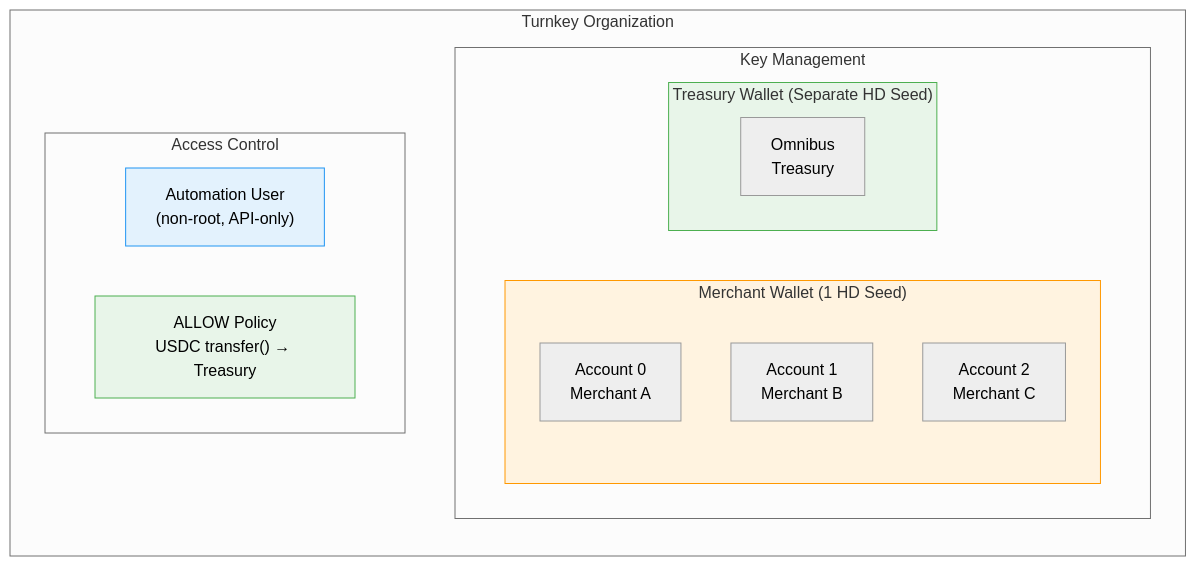
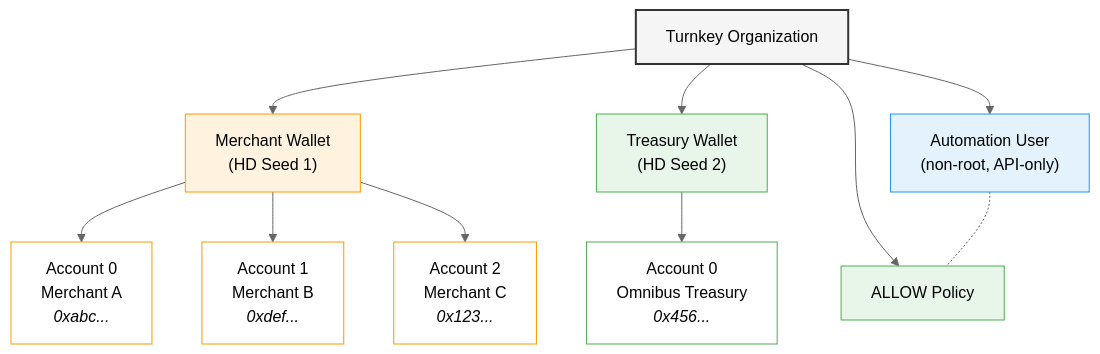
The first of 2 diagrams in examples/payflow-demo/docs/payflow-readout.md (tkhq/sdk), drawn with Mermaid (neutral theme) before and after one commit. The commit also changed other lines of this file, not shown here.

Commit message:
Replace diagrams with org hierarchy tree and policy decision flowchart

````diff
--- a/examples/payflow-demo/docs/payflow-readout.md
+++ b/examples/payflow-demo/docs/payflow-readout.md
@@ -29,29 +29,27 @@
 ```mermaid
-flowchart TB
-    subgraph Org["Turnkey Organization"]
-        direction TB
+graph TB
+    Org["Turnkey Organization"]
 
-        subgraph Wallets["Key Management"]
-            direction LR
-            subgraph MW["Merchant Wallet (1 HD Seed)"]
-                M0["Account 0\nMerchant A"]
-                M1["Account 1\nMerchant B"]
-                M2["Account 2\nMerchant C"]
-            end
-            subgraph TW["Treasury Wallet (Separate HD Seed)"]
-                T["Omnibus\nTreasury"]
-            end
-        end
+    Org --> MW["Merchant Wallet<br/>(HD Seed 1)"]
+    Org --> TW["Treasury Wallet<br/>(HD Seed 2)"]
+    Org --> AU["Automation User<br/>(non-root, API-only)"]
+    Org --> P["ALLOW Policy"]
 
-        subgraph Access["Access Control"]
-            direction LR
-            AU["Automation User\n(non-root, API-only)"]
-            P["ALLOW Policy\nUSDC transfer() → Treasury"]
-        end
-    end
+    MW --> M0["Account 0<br/>Merchant A<br/><i>0xabc...</i>"]
+    MW --> M1["Account 1<br/>Merchant B<br/><i>0xdef...</i>"]
+    MW --> M2["Account 2<br/>Merchant C<br/><i>0x123...</i>"]
 
+    TW --> T["Account 0<br/>Omnibus Treasury<br/><i>0x456...</i>"]
+
+    AU -.- P
+
+    style Org fill:#f5f5f5,stroke:#333,stroke-width:2px
     style MW fill:#fff3e0,stroke:#ff9800
     style TW fill:#e8f5e9,stroke:#4caf50
     style AU fill:#e3f2fd,stroke:#2196f3
     style P fill:#e8f5e9,stroke:#4caf50
+    style M0 fill:#fff,stroke:#ff9800
+    style M1 fill:#fff,stroke:#ff9800
+    style M2 fill:#fff,stroke:#ff9800
+    style T fill:#fff,stroke:#4caf50
 ```
````
